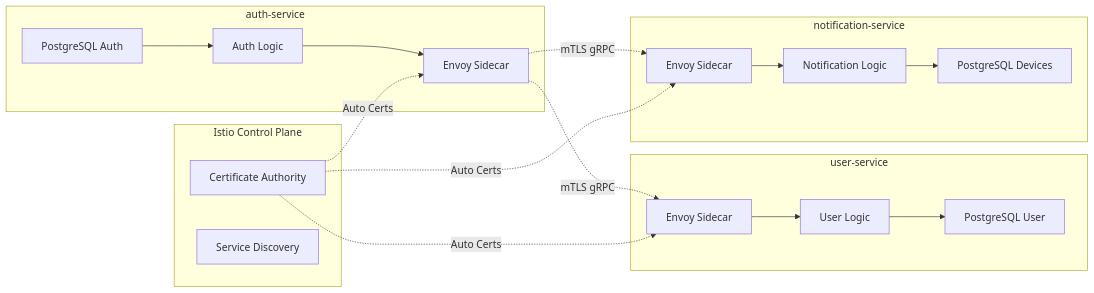
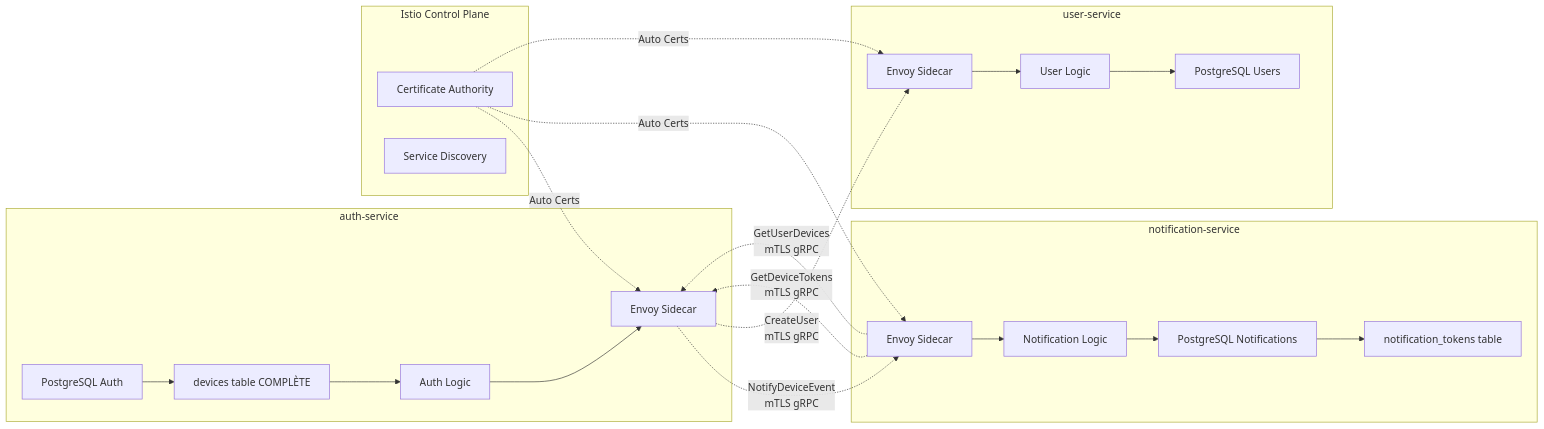
Before and after one commit to whispr-messenger/auth-service: the fourth of 4 diagrams in documentation/1_architecture/2_database_design.md, drawn with Mermaid. The commit also changed other lines of this file, not shown here.

````diff
--- a/documentation/1_architecture/2_database_design.md
+++ b/documentation/1_architecture/2_database_design.md
@@ -467,29 +552,33 @@
 ```mermaid
 graph LR
     subgraph "auth-service"
-        A[PostgreSQL Auth] --> B[Auth Logic]
-        B --> C[Envoy Sidecar]
+        A[PostgreSQL Auth] --> B[devices table COMPLÈTE]
+        B --> C[Auth Logic]
+        C --> D[Envoy Sidecar]
+    end
+    
+    subgraph "notification-service"
+        E[Envoy Sidecar] --> F[Notification Logic]
+        F --> G[PostgreSQL Notifications]
+        G --> H[notification_tokens table]
     end
     
     subgraph "user-service"
-        D[Envoy Sidecar] --> E[User Logic]
-        E --> F[PostgreSQL User]
+        I[Envoy Sidecar] --> J[User Logic]
+        J --> K[PostgreSQL Users]
     end
     
-    subgraph "notification-service"
-        G[Envoy Sidecar] --> H[Notification Logic]
-        H --> I[PostgreSQL Devices]
+    E -.->|"GetDeviceTokens<br/>mTLS gRPC"| D
+    E -.->|"GetUserDevices<br/>mTLS gRPC"| D
+    D -.->|"NotifyDeviceEvent<br/>mTLS gRPC"| E
+    D -.->|"CreateUser<br/>mTLS gRPC"| I
+    
+    subgraph "Istio Control Plane"
+        L[Certificate Authority]
+        M[Service Discovery]
     end
     
-    C -.->|mTLS gRPC| D
-    C -.->|mTLS gRPC| G
-    
-    subgraph "Istio Control Plane"
-        J[Certificate Authority]
-        K[Service Discovery]
-    end
-    
-    J -.->|Auto Certs| C
-    J -.->|Auto Certs| D
-    J -.->|Auto Certs| G
+    L -.->|Auto Certs| D
+    L -.->|Auto Certs| E
+    L -.->|Auto Certs| I
 ```
````
